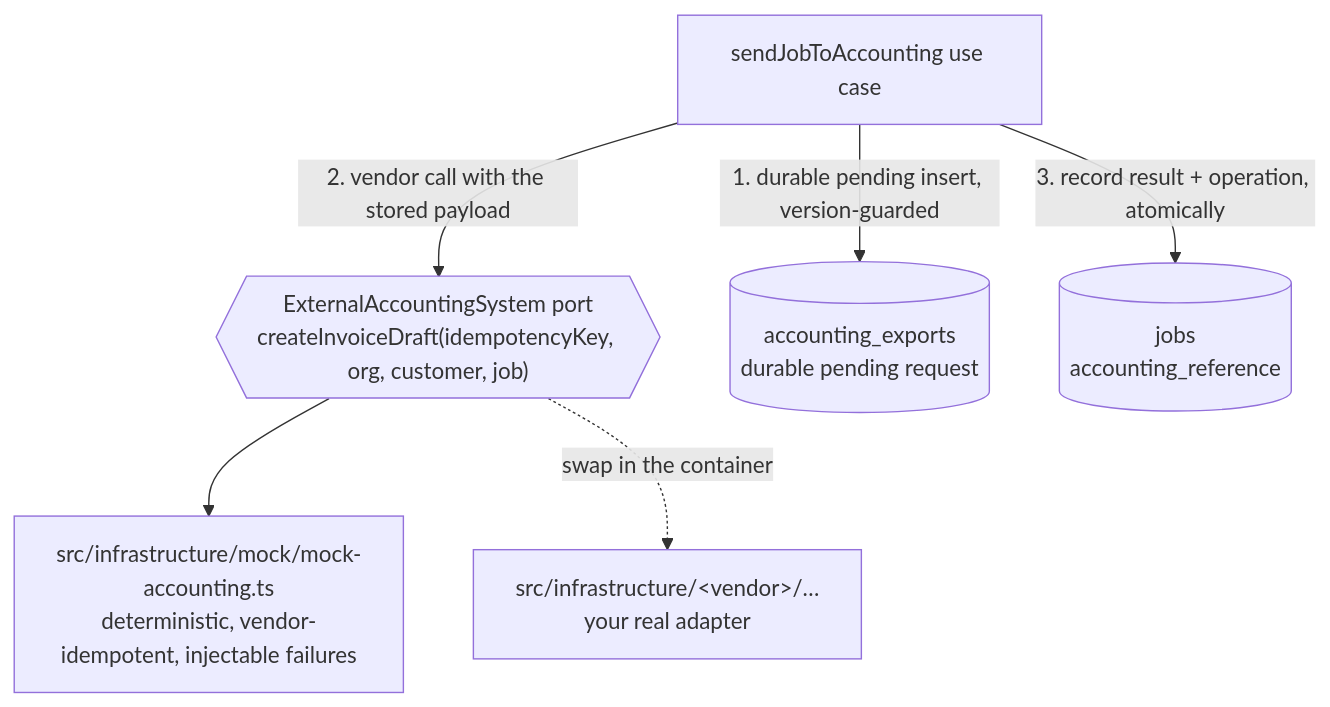
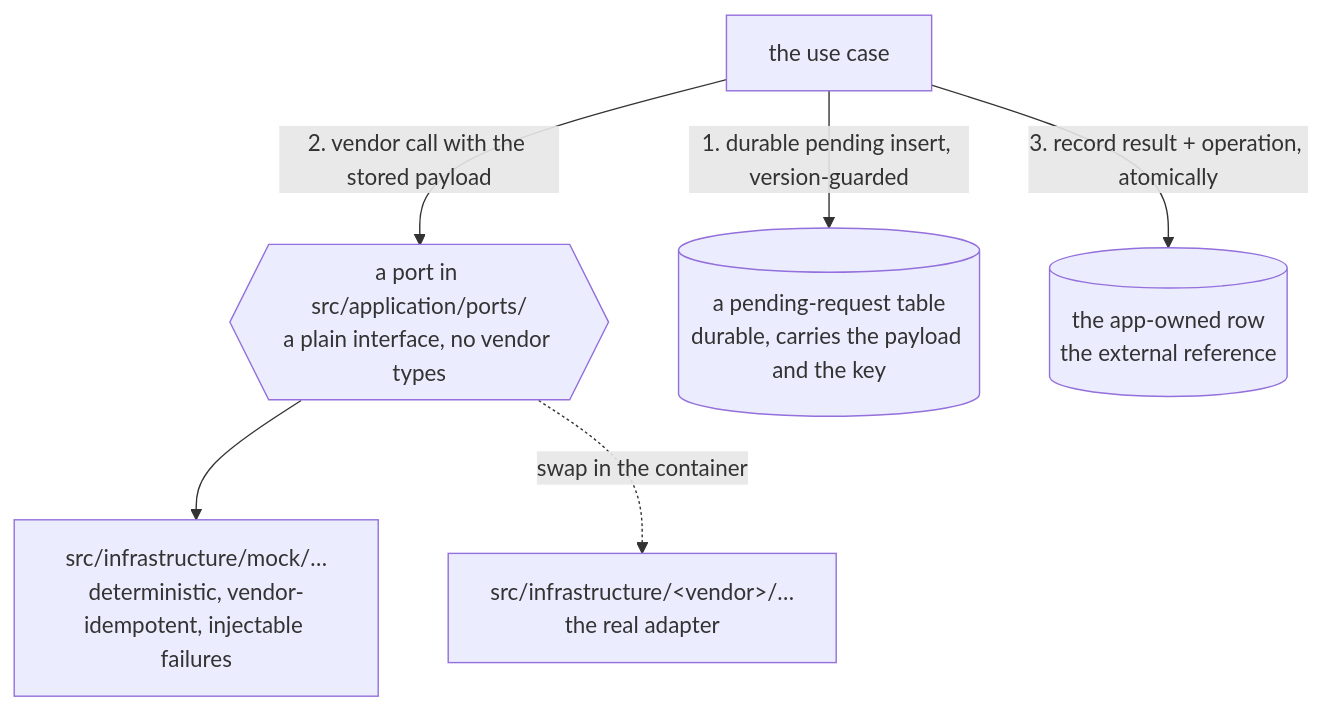
One commit to anbergem/seating-arrangement changed the eighth of 14 diagrams in ARCHITECTURE.md. Above: the diagram before and after it, drawn with Mermaid. The commit also changed other lines of this file and 203 other files, not shown here.

````diff
--- a/ARCHITECTURE.md
+++ b/ARCHITECTURE.md
@@ -356,15 +391,15 @@
 ```mermaid
 flowchart TB
-  UC["sendJobToAccounting use case"]
-  PORT{{"ExternalAccountingSystem port<br/>createInvoiceDraft(idempotencyKey, org, customer, job)"}}
-  MOCK["src/infrastructure/mock/mock-accounting.ts<br/>deterministic, vendor-idempotent, injectable failures"]
-  REAL["src/infrastructure/&lt;vendor&gt;/…<br/>your real adapter"]
-  EXPORTS[("accounting_exports<br/>durable pending request")]
-  JOBS[("jobs<br/>accounting_reference")]
+  UC["the use case"]
+  PORT{{"a port in src/application/ports/<br/>a plain interface, no vendor types"}}
+  MOCK["src/infrastructure/mock/…<br/>deterministic, vendor-idempotent, injectable failures"]
+  REAL["src/infrastructure/&lt;vendor&gt;/…<br/>the real adapter"]
+  PENDING[("a pending-request table<br/>durable, carries the payload and the key")]
+  OWNED[("the app-owned row<br/>the external reference")]
 
-  UC -->|"1. durable pending insert, version-guarded"| EXPORTS
+  UC -->|"1. durable pending insert, version-guarded"| PENDING
   UC -->|"2. vendor call with the stored payload"| PORT
   PORT --> MOCK
   PORT -.->|"swap in the container"| REAL
-  UC -->|"3. record result + operation, atomically"| JOBS
+  UC -->|"3. record result + operation, atomically"| OWNED
 ```
````
